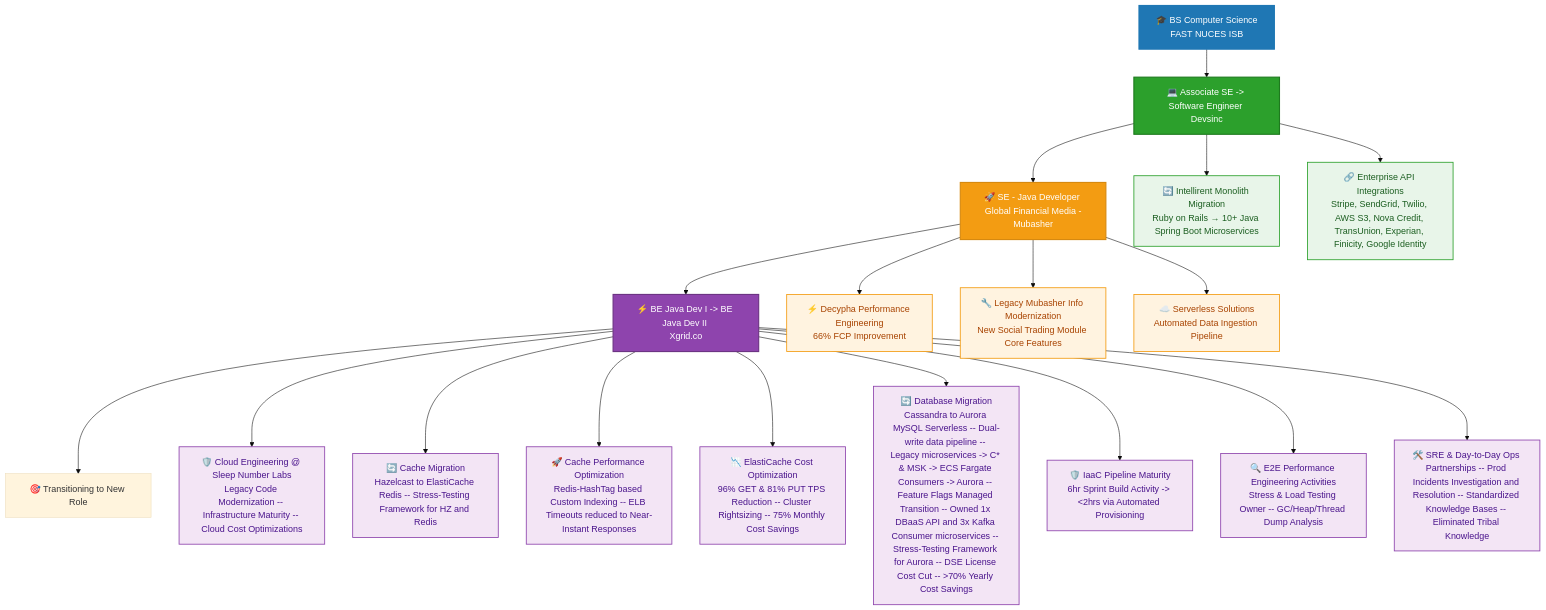
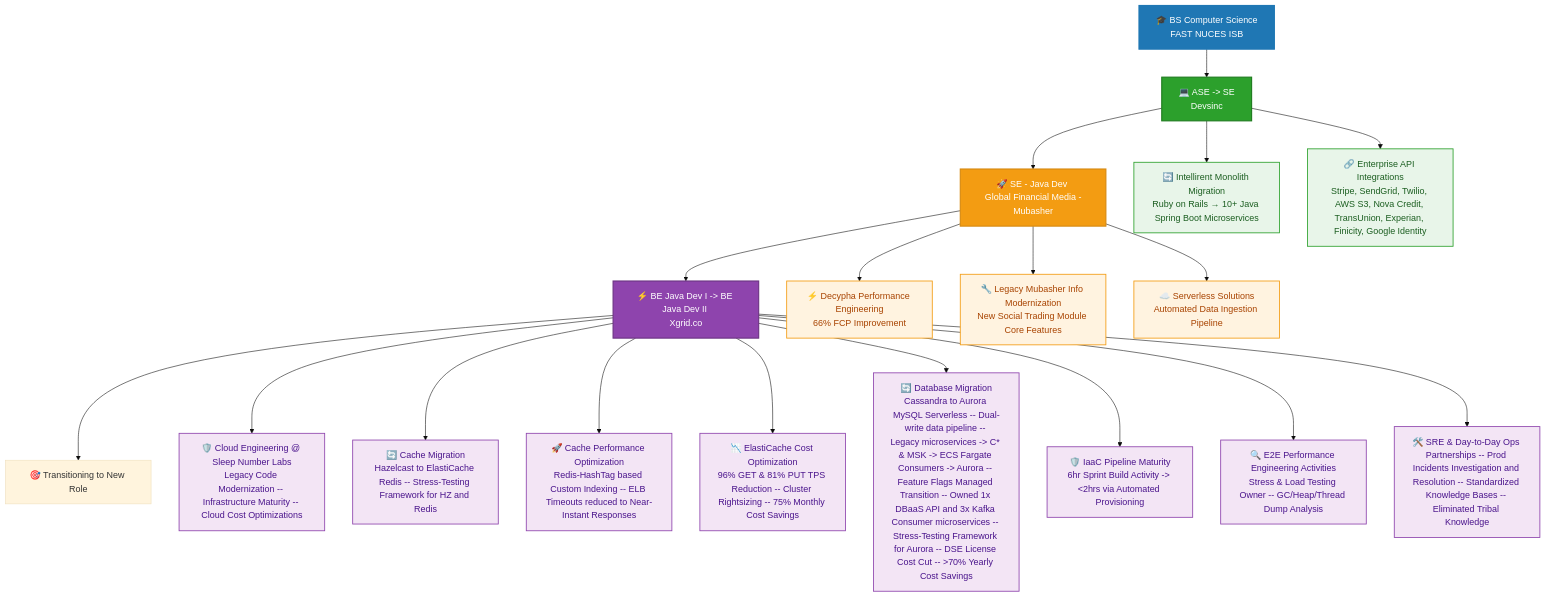
Before and after one commit to khawaja-abdullah/khawaja-abdullah: the diagram in README.md, drawn with Mermaid (base theme).

Commit message:
minor fixes

````diff
--- a/README.md
+++ b/README.md
@@ -152,52 +152,52 @@
 ```mermaid
 flowchart TD
-    A[🎓 BS Computer Science<br/>FAST NUCES ISB] --> B[💻 Associate SE -> Software Engineer <br/>Devsinc]
-    B --> C[🚀 SE - Java Developer <br/> Global Financial Media - Mubasher]
+    A[🎓 BS Computer Science<br/>FAST NUCES ISB] --> B[💻 ASE -> SE <br/>Devsinc]
+    B --> C[🚀 SE - Java Dev <br/> Global Financial Media - Mubasher]
     C --> D[⚡ BE Java Dev I -> BE Java Dev II <br/>Xgrid.co]
     D --> E[🎯 Transitioning to New Role]
     
     %% DEVSINC / INTELLIRENT
     B --> B1[🔄 Intellirent Monolith Migration<br/>Ruby on Rails → 10+ Java Spring Boot Microservices]
     B --> B2[🔗 Enterprise API Integrations<br/>Stripe, SendGrid, Twilio, AWS S3, Nova Credit, TransUnion, Experian, Finicity, Google Identity]
     
     %% GLOBAL FINALICAL MEDIA | MUBASHER / DECYPHA, MUBASHER INFO
     C --> C1[⚡ Decypha Performance Engineering<br/>66% FCP Improvement]
     C --> C2[🔧 Legacy Mubasher Info Modernization<br/>New Social Trading Module Core Features]
     C --> C3[☁️ Serverless Solutions<br/>Automated Data Ingestion Pipeline]
     
     %% XGRID / SLEEP NUMBER
     D --> D1[🛡️ Cloud Engineering @ Sleep Number Labs<br/>Legacy Code Modernization -- Infrastructure Maturity -- Cloud Cost Optimizations]
     D --> D2[🔄 Cache Migration<br/>Hazelcast to ElastiCache Redis -- Stress-Testing Framework for HZ and Redis]
     D --> D3[🚀 Cache Performance Optimization<br/>Redis-HashTag based Custom Indexing -- ELB Timeouts reduced to Near-Instant Responses]
     D --> D4[📉 ElastiCache Cost Optimization<br/>96% GET & 81% PUT TPS Reduction -- Cluster Rightsizing -- 75% Monthly Cost Savings]
     D --> D5[🔄 Database Migration<br/>Cassandra to Aurora MySQL Serverless -- Dual-write data pipeline -- Legacy microservices -> C* & MSK -> ECS Fargate Consumers -> Aurora -- Feature Flags Managed Transition -- Owned 1x DBaaS API and 3x Kafka Consumer microservices -- Stress-Testing Framework for Aurora -- DSE License Cost Cut -- >70% Yearly Cost Savings]
     D --> D6[🛡️ IaaC Pipeline Maturity<br/>6hr Sprint Build Activity -> <2hrs via Automated Provisioning]
     D --> D7[🔍 E2E Performance Engineering Activities<br/>Stress & Load Testing Owner -- GC/Heap/Thread Dump Analysis]
     D --> D8[🛠️ SRE & Day-to-Day Ops Partnerships -- Prod Incidents Investigation and Resolution -- Standardized Knowledge Bases -- Eliminated Tribal Knowledge]
 
     %% Main Nodes
     style A fill:#1F77B4,stroke:#1F77B4,stroke-width:2px,color:#ffffff
     style B fill:#2CA02C,stroke:#1E7A1E,stroke-width:2px,color:#ffffff
     style C fill:#F39C12,stroke:#D68910,stroke-width:2px,color:#ffffff
     style D fill:#8E44AD,stroke:#6C3483,stroke-width:2px,color:#ffffff
 
     %% Devsinc Nodes
     style B1 fill:#E8F5E9,stroke:#2CA02C,stroke-width:1.5px,color:#1B5E20
     style B2 fill:#E8F5E9,stroke:#2CA02C,stroke-width:1.5px,color:#1B5E20
 
     %% Mubasher Nodes
     style C1 fill:#FFF3E0,stroke:#F39C12,stroke-width:1.5px,color:#A84300
     style C2 fill:#FFF3E0,stroke:#F39C12,stroke-width:1.5px,color:#A84300
     style C3 fill:#FFF3E0,stroke:#F39C12,stroke-width:1.5px,color:#A84300
 
     %% Xgrid Nodes
     style D1 fill:#F3E5F5,stroke:#8E44AD,stroke-width:1.5px,color:#4A148C
     style D2 fill:#F3E5F5,stroke:#8E44AD,stroke-width:1.5px,color:#4A148C
     style D3 fill:#F3E5F5,stroke:#8E44AD,stroke-width:1.5px,color:#4A148C
     style D4 fill:#F3E5F5,stroke:#8E44AD,stroke-width:1.5px,color:#4A148C
     style D5 fill:#F3E5F5,stroke:#8E44AD,stroke-width:1.5px,color:#4A148C
     style D6 fill:#F3E5F5,stroke:#8E44AD,stroke-width:1.5px,color:#4A148C
     style D7 fill:#F3E5F5,stroke:#8E44AD,stroke-width:1.5px,color:#4A148C
     style D8 fill:#F3E5F5,stroke:#8E44AD,stroke-width:1.5px,color:#4A148C
 
 ```
````
